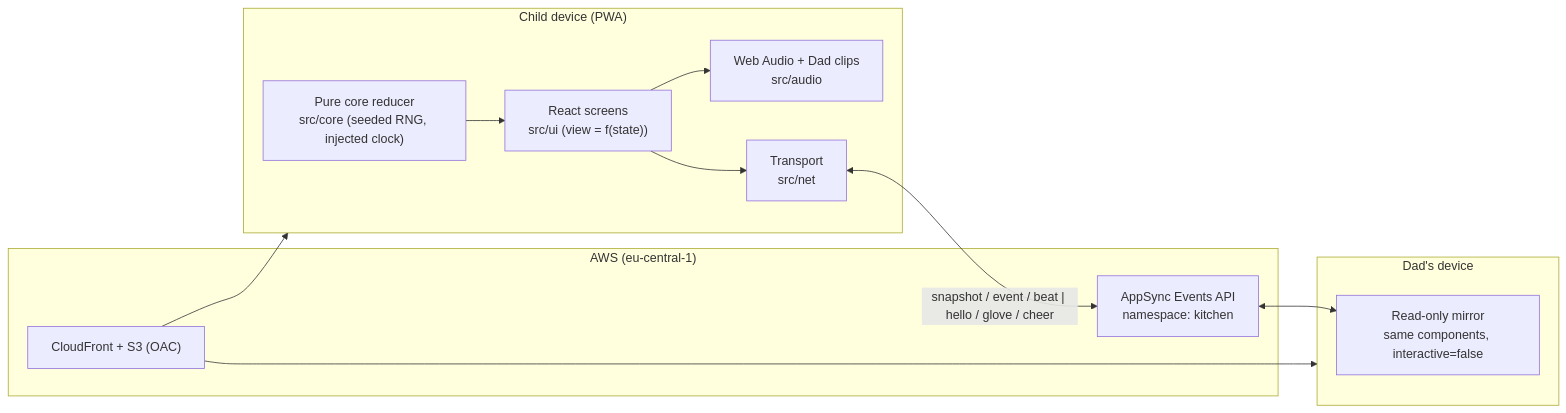
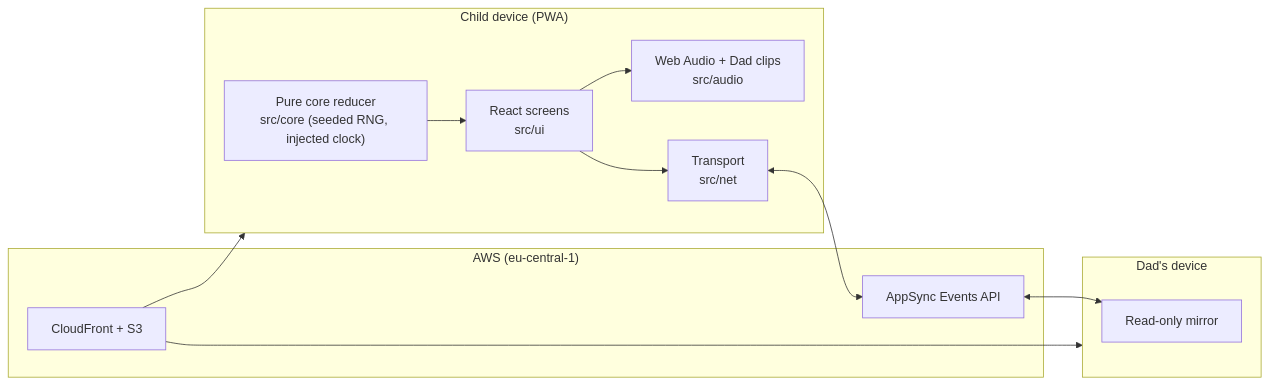
The diagram in README.md (benschiller/nom-nom-go), drawn with Mermaid before and after one commit. The commit also changed other lines of this file and 3 other files, not shown here.

````diff
--- a/README.md
+++ b/README.md
@@ -73,22 +54,22 @@
 ```mermaid
 flowchart LR
   subgraph Child["Child device (PWA)"]
     Core["Pure core reducer\nsrc/core (seeded RNG, injected clock)"]
-    UI["React screens\nsrc/ui (view = f(state))"]
+    UI["React screens\nsrc/ui"]
     Audio["Web Audio + Dad clips\nsrc/audio"]
     Net["Transport\nsrc/net"]
     Core --> UI --> Audio
     UI --> Net
   end
   subgraph Dad["Dad's device"]
-    Mirror["Read-only mirror\nsame components, interactive=false"]
+    Mirror["Read-only mirror"]
   end
   subgraph AWS["AWS (eu-central-1)"]
-    CF["CloudFront + S3 (OAC)"]
-    EV["AppSync Events API\nnamespace: kitchen"]
+    CF["CloudFront + S3"]
+    EV["AppSync Events API"]
   end
-  Net <-->|"snapshot / event / beat | hello / glove / cheer"| EV
+  Net <--> EV
   EV <--> Mirror
   CF --> Child
   CF --> Dad
 ```
````
